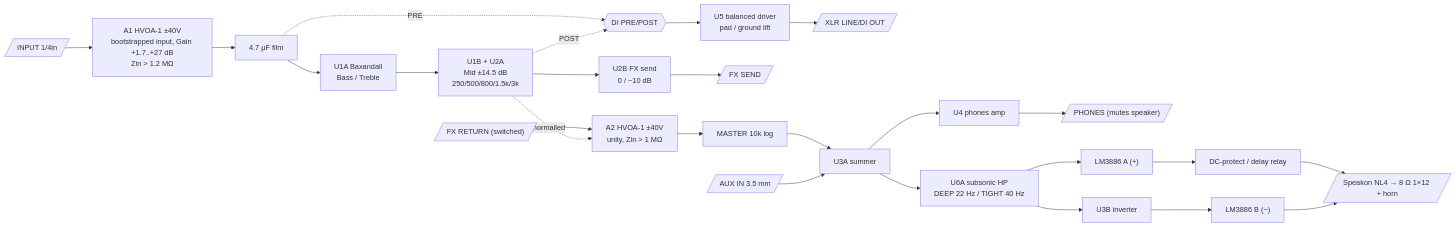
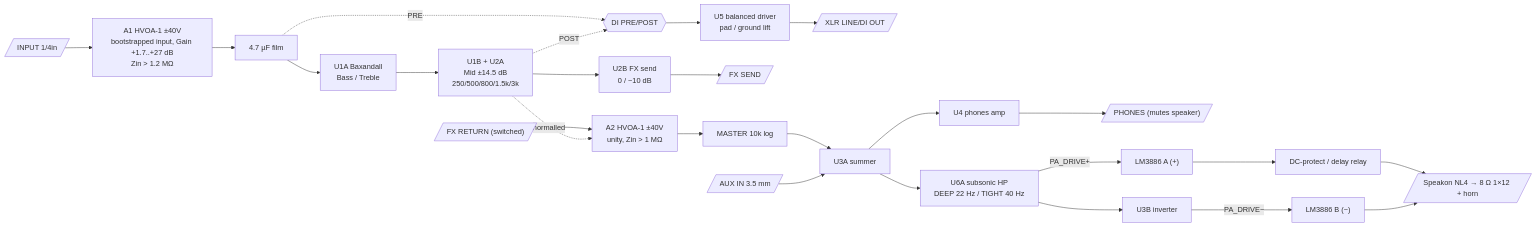
Before and after one commit to marcelt101/Spy_Cadet: the diagram in bass-amp/README.md, drawn with Mermaid. The commit also changed other lines of this file and 21 other files, not shown here.

````diff
--- a/bass-amp/README.md
+++ b/bass-amp/README.md
@@ -38,21 +38,21 @@
 ```mermaid
 flowchart LR
   IN[/"INPUT 1/4in"/] --> A1["A1 HVOA-1 ±40V<br/>bootstrapped input, Gain +1.7..+27 dB<br/>Zin > 1.2 MΩ"]
   A1 --> CPL1["4.7 µF film"]
   CPL1 --> EQ1["U1A Baxandall<br/>Bass / Treble"]
   EQ1 --> EQ2["U1B + U2A<br/>Mid ±14.5 dB<br/>250/500/800/1.5k/3k"]
   CPL1 -. PRE .-> SEL{{"DI PRE/POST"}}
   EQ2 -. POST .-> SEL
   SEL --> DI["U5 balanced driver<br/>pad / ground lift"] --> XLR[/"XLR LINE/DI OUT"/]
   EQ2 --> SEND["U2B FX send<br/>0 / −10 dB"] --> FXS[/"FX SEND"/]
   FXR[/"FX RETURN (switched)"/] --> A2["A2 HVOA-1 ±40V<br/>unity, Zin > 1 MΩ"]
   EQ2 -. normalled .-> A2
   A2 --> MV["MASTER 10k log"] --> MIX["U3A summer"]
   AUX[/"AUX IN 3.5 mm"/] --> MIX
   MIX --> HP["U4 phones amp"] --> PH[/"PHONES (mutes speaker)"/]
-  MIX --> SUB["U6A subsonic HP<br/>DEEP 22 Hz / TIGHT 40 Hz"]
-  SUB --> PA1["LM3886 A (+)"]
-  SUB --> INV["U3B inverter"] --> PA2["LM3886 B (−)"]
+  MIX --> SUBS["U6A subsonic HP<br/>DEEP 22 Hz / TIGHT 40 Hz"]
+  SUBS -- "PA_DRIVE+" --> PA1["LM3886 A (+)"]
+  SUBS --> INV["U3B inverter"] -- "PA_DRIVE−" --> PA2["LM3886 B (−)"]
   PA1 --> RLY["DC-protect / delay relay"] --> SPK[/"Speakon NL4 → 8 Ω 1×12 + horn"/]
   PA2 --> SPK
 ```
````
